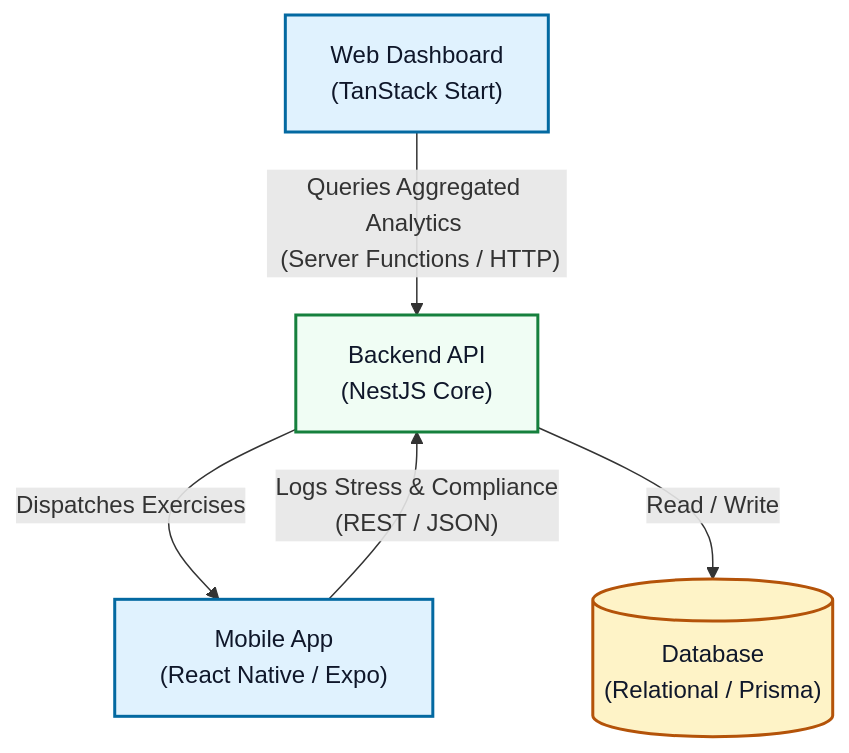
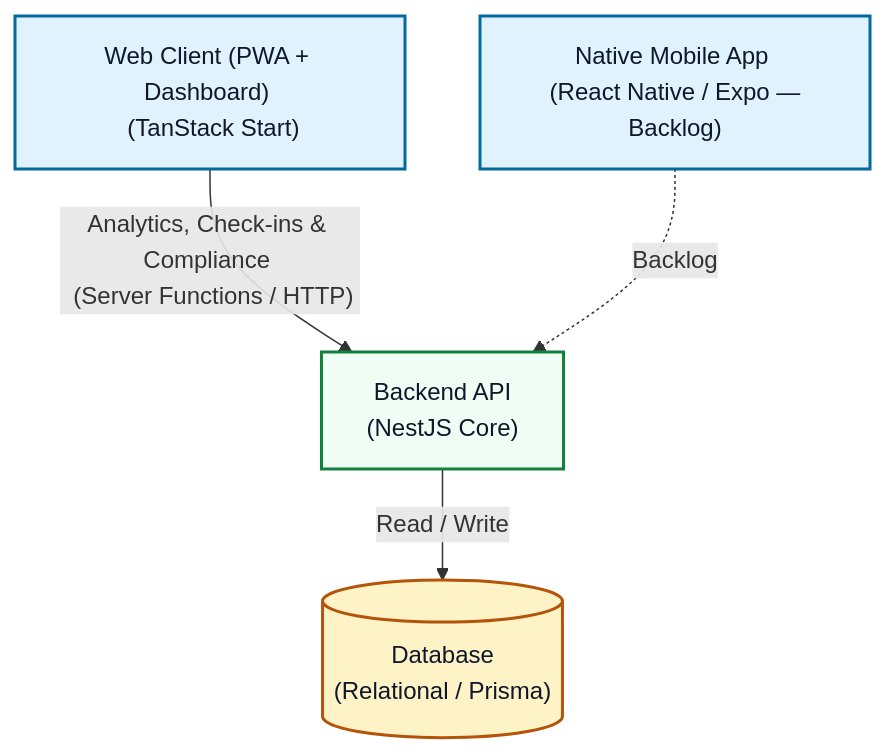
Before and after one commit to Heydad-Helfer/aura: the diagram in docs/PRD.md, drawn with Mermaid. The commit also changed other lines of this file and 40 other files, not shown here.

````diff
--- a/docs/PRD.md
+++ b/docs/PRD.md
@@ -15,21 +15,20 @@
 ```mermaid
 graph TD
     %% Define Clean Styles
     classDef client fill:#e0f2fe,stroke:#0369a1,stroke-width:2px,color:#0f172a;
     classDef backend fill:#f0fdf4,stroke:#15803d,stroke-width:2px,color:#0f172a;
     classDef database fill:#fef3c7,stroke:#b45309,stroke-width:2px,color:#0f172a;
 
     %% Nodes
-    Web["Web Dashboard <br> (TanStack Start)"]:::client
-    Mobile["Mobile App <br> (React Native / Expo)"]:::client
+    Web["Web Client (PWA + Dashboard) <br> (TanStack Start)"]:::client
+    Mobile["Native Mobile App <br> (React Native / Expo — Backlog)"]:::client
     API["Backend API <br> (NestJS Core)"]:::backend
     DB[("Database <br> (Relational / Prisma)")]:::database
 
     %% Unidirectional/Bidirectional Layout Logic
-    Web -- "Queries Aggregated Analytics <br> (Server Functions / HTTP)" --> API
-    
-    API -- "Dispatches Exercises" --> Mobile
-    Mobile -- "Logs Stress & Compliance <br> (REST / JSON)" --> API
+    Web -- "Analytics, Check-ins & Compliance <br> (Server Functions / HTTP)" --> API
     
     API -- "Read / Write" --> DB
+
+    Mobile -. "Backlog" .-> API
 ```
````
